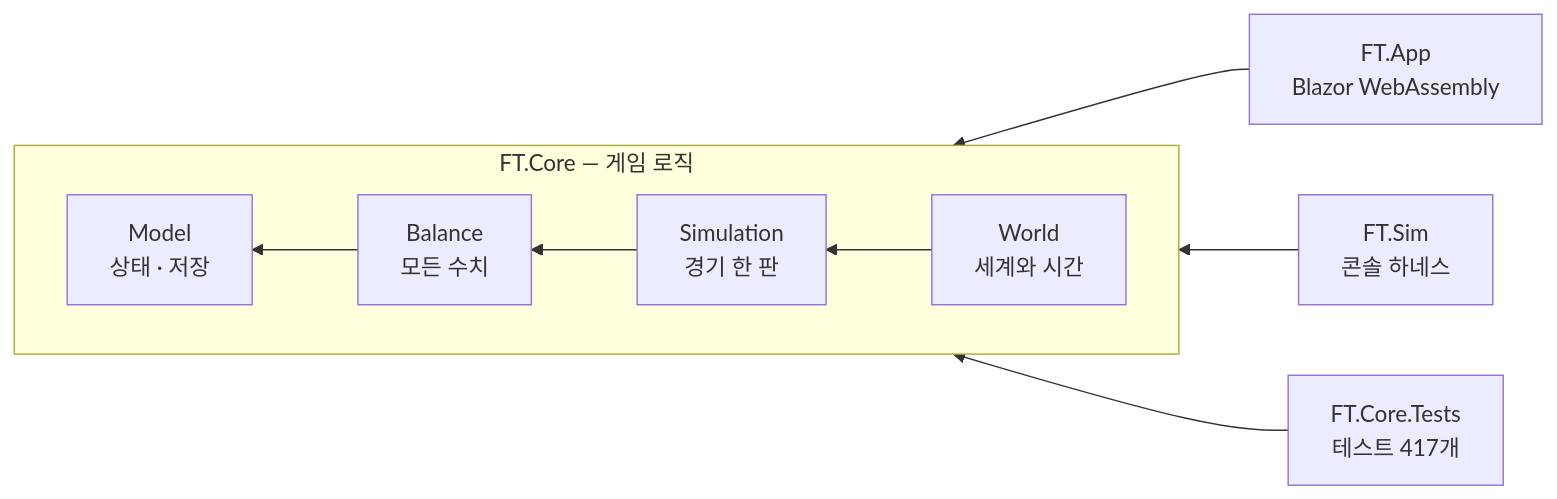
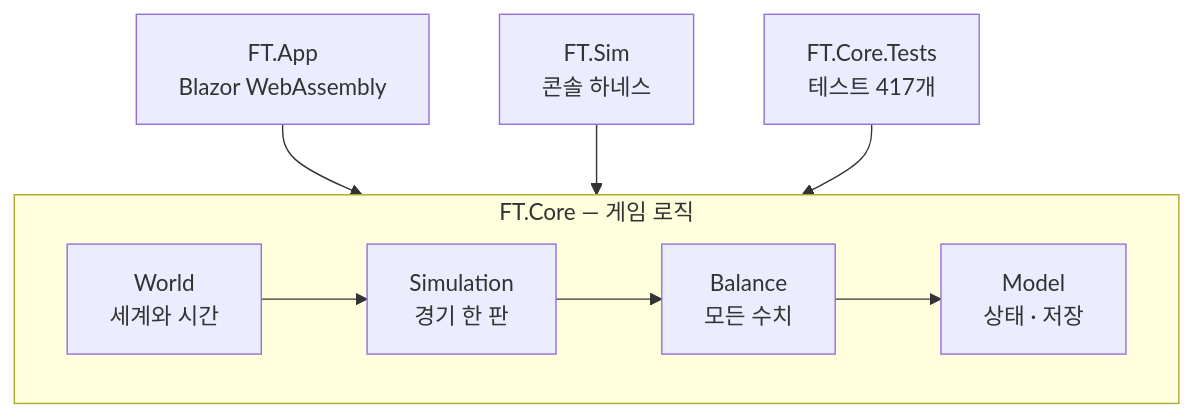
Before and after one commit to Sundae-unity-dev/Football-TacticManager: the second of 2 diagrams in README.md, drawn with Mermaid. The commit also changed other lines of this file and 1 other file, not shown here.

````diff
--- a/README.md
+++ b/README.md
@@ -39,10 +37,10 @@
 ```mermaid
-flowchart RL
-  subgraph core["FT.Core — 게임 로직"]
-    direction RL
-    W["World<br/>세계와 시간"] --> S["Simulation<br/>경기 한 판"] --> B["Balance<br/>모든 수치"] --> M["Model<br/>상태 · 저장"]
-  end
+flowchart TB
   App["FT.App<br/>Blazor WebAssembly"] --> core
   Sim["FT.Sim<br/>콘솔 하네스"] --> core
   Test["FT.Core.Tests<br/>테스트 417개"] --> core
+  subgraph core["FT.Core — 게임 로직"]
+    direction LR
+    W["World<br/>세계와 시간"] --> S["Simulation<br/>경기 한 판"] --> B["Balance<br/>모든 수치"] --> M["Model<br/>상태 · 저장"]
+  end
 ```
````
